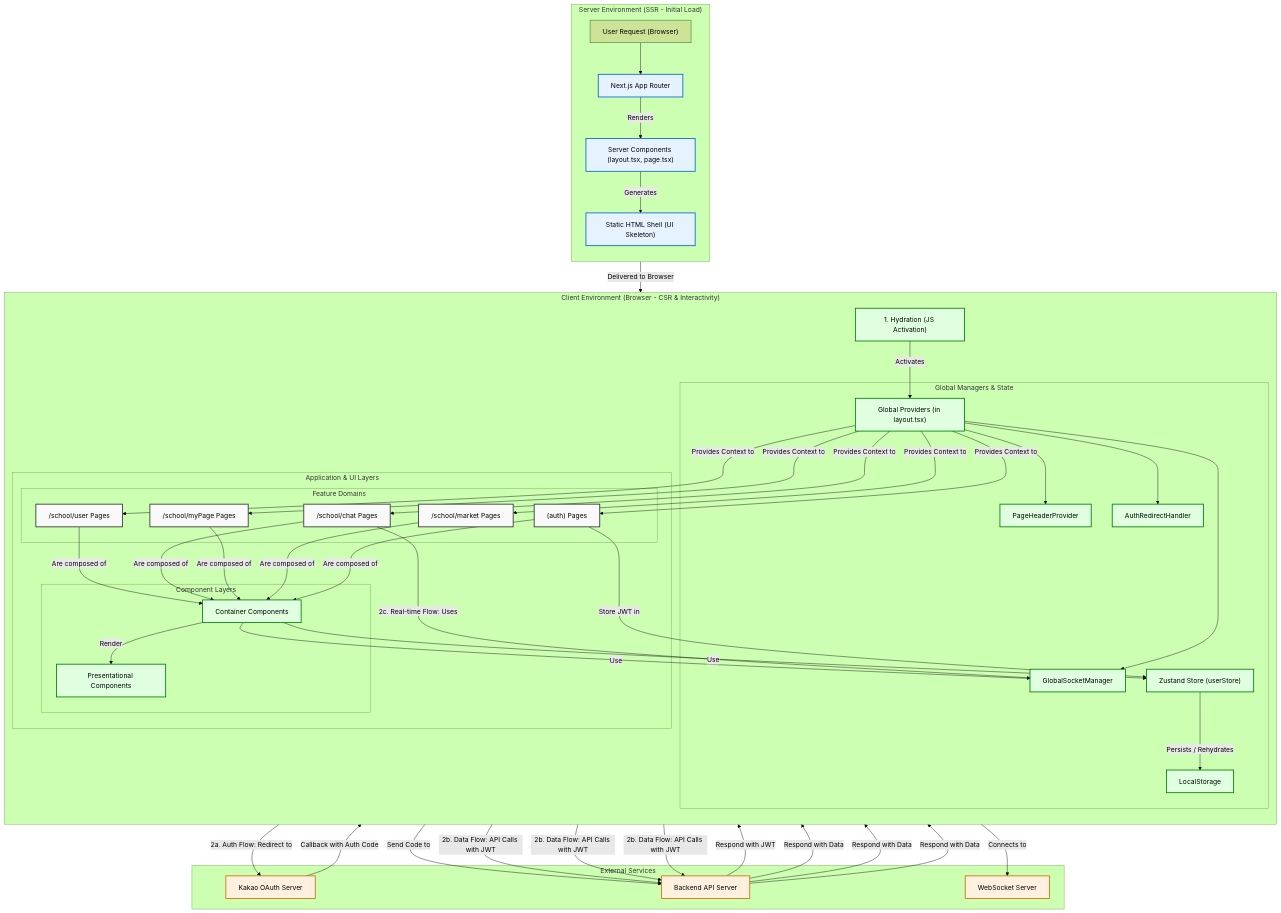
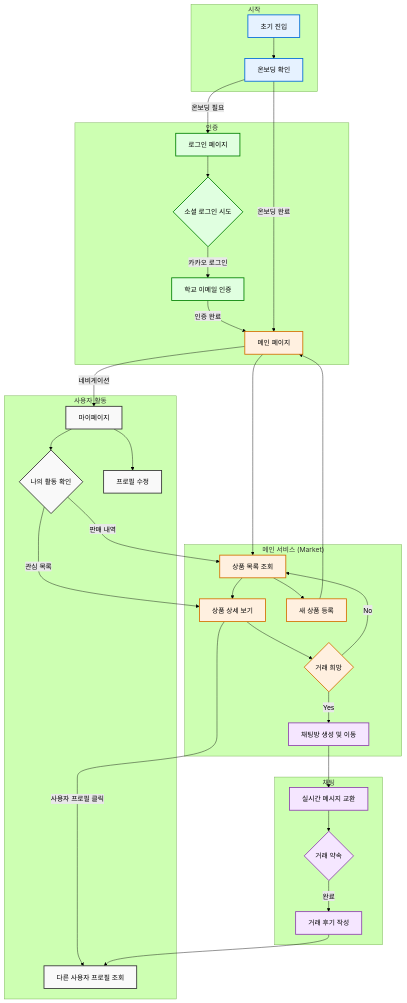
One commit to FRONTENDBOOTCAMP-13th/Final-03-SEMO changed the diagram in README.md. Above: the diagram before and after it, drawn with Mermaid (forest theme). The commit also changed other lines of this file, not shown here.

Commit message:
📝 docs: 사용자 흐름 다이어그램 업데이트 및 아키텍처 섹션 수정

````diff
--- a/README.md
+++ b/README.md
@@ -31,82 +31,53 @@
 ```mermaid
-graph TD
-    UserRequest["User Request (Browser)"]
-
-    subgraph "Server Environment (SSR - Initial Load)"
-        direction TB
-        Router["Next.js App Router"]
-        ServerComps["Server Components (layout.tsx, page.tsx)"]
-        HTMLShell["Static HTML Shell (UI Skeleton)"]
-
-        UserRequest --> Router
-        Router -- "Renders" --> ServerComps
-        ServerComps -- "Generates" --> HTMLShell
+flowchart TD
+    subgraph "시작"
+        A[초기 진입] --> B[온보딩 확인]
     end
 
-    subgraph "Client Environment (Browser - CSR & Interactivity)"
-        direction TB
-        Hydration["1. Hydration (JS Activation)"]
-
-        subgraph "Global Managers & State"
-            Providers["Global Providers (in layout.tsx)"]
-            Zustand["Zustand Store (userStore)"]
-            BrowserStorage["LocalStorage"]
-            SocketManager[GlobalSocketManager]
-            AuthRedirect[AuthRedirectHandler]
-            PageHeader[PageHeaderProvider]
-        end
-
-        subgraph "Application & UI Layers"
-            subgraph "Feature Domains"
-                AuthPages["(auth) Pages"]
-                MarketPages["/school/market Pages"]
-                MyPages["/school/myPage Pages"]
-                ChatPages["/school/chat Pages"]
-                UserPages["/school/user Pages"]
-            end
-            subgraph "Component Layers"
-                Containers["Container Components"]
-                Presenters["Presentational Components"]
-            end
-        end
-
-        %% Client-side structural connections
-        HTMLShell -- "Delivered to Browser" --> Hydration
-        Hydration -- "Activates" --> Providers
-        Providers --> PageHeader & AuthRedirect & SocketManager
-        Providers -- "Provides Context to" --> AuthPages & MarketPages & MyPages & ChatPages & UserPages
-        AuthPages & MarketPages & MyPages & ChatPages & UserPages -- "Are composed of" --> Containers
-        Containers -- "Render" --> Presenters
-        Containers -- "Use" --> Zustand & SocketManager
-        Zustand -- "Persists / Rehydrates" --> BrowserStorage
+    subgraph "인증"
+        C[로그인 페이지] --> D{소셜 로그인 시도}
+        D -- 카카오 로그인 --> E[학교 이메일 인증]
+        E -- 인증 완료 --> F[메인 페이지]
     end
 
-    subgraph "External Services"
-        Kakao["Kakao OAuth Server"]
-        Backend["Backend API Server"]
-        WebSocket["WebSocket Server"]
+    subgraph "메인 서비스 (Market)"
+        F --> G[상품 목록 조회]
+        G --> H[상품 상세 보기]
+        H --> I{거래 희망}
+        I -- Yes --> J[채팅방 생성 및 이동]
+        I -- No --> G
+        G --> K[새 상품 등록]
+        K --> F
     end
 
-    %% --- Detailed Flows --- %%
-    AuthPages -- "2a. Auth Flow: Redirect to" --> Kakao
-    Kakao -- "Callback with Auth Code" --> AuthPages
-    AuthPages -- "Send Code to" --> Backend
-    Backend -- "Respond with JWT" --> AuthPages
-    AuthPages -- "Store JWT in" --> Zustand
+    subgraph "사용자 활동"
+        F -- 네비게이션 --> L[마이페이지]
+        L --> M{나의 활동 확인}
+        M -- 판매 내역 --> G
+        M -- 관심 목록 --> H
+        L --> N[프로필 수정]
+        H -- 사용자 프로필 클릭 --> O[다른 사용자 프로필 조회]
+    end
 
-    MarketPages & MyPages & UserPages -- "2b. Data Flow: API Calls with JWT" --> Backend
-    Backend -- "Respond with Data" --> MarketPages & MyPages & UserPages
+    subgraph "채팅"
+        J --> P[실시간 메시지 교환]
+        P --> Q{거래 약속}
+        Q -- 완료 --> R[거래 후기 작성]
+        R --> O
+    end
 
-    ChatPages -- "2c. Real-time Flow: Uses" --> SocketManager
-    SocketManager -- "Connects to" --> WebSocket
+    B -- 온보딩 필요 --> C
+    B -- 온보딩 완료 --> F
 
-    classDef server fill:#e6f2ff,stroke:#0069d9,stroke-width:2px;
-    classDef client fill:#e0ffe0,stroke:#008000,stroke-width:2px;
-    classDef external fill:#fff0e0,stroke:#d46f00,stroke-width:2px;
-    classDef domain fill:#f9f9f9,stroke:#333,stroke-width:2px
+    classDef start fill:#e6f2ff,stroke:#0069d9,stroke-width:2px;
+    classDef auth fill:#e0ffe0,stroke:#008000,stroke-width:2px;
+    classDef main fill:#fff0e0,stroke:#d46f00,stroke-width:2px;
+    classDef activity fill:#f9f9f9,stroke:#333,stroke-width:2px;
+    classDef chat fill:#f5e6ff,stroke:#8e44ad,stroke-width:2px;
 
-    class Router,ServerComps,HTMLShell server;
-    class Hydration,Providers,Zustand,BrowserStorage,SocketManager,AuthRedirect,PageHeader,Containers,Presenters client;
-    class AuthPages,MarketPages,MyPages,ChatPages,UserPages domain;
-    class Kakao,Backend,WebSocket external;
+    class A,B start;
+    class C,D,E auth;
+    class F,G,H,I,K main;
+    class L,M,N,O activity;
+    class J,P,Q,R chat;
 ```
````
